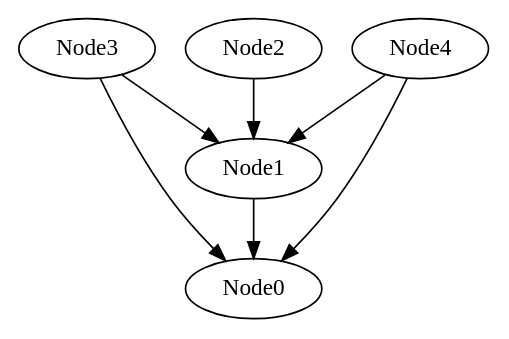
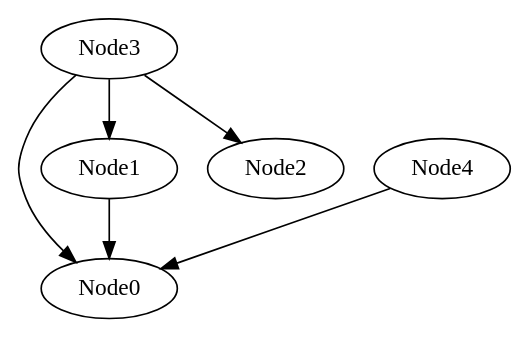
The diagram in Visualize/currGraph.gv (zephyr06/DAG_NLP), drawn with Graphviz before and after one commit. The commit also changed 6 other files, not shown here.

```diff
--- a/Visualize/currGraph.gv
+++ b/Visualize/currGraph.gv
@@ -1,20 +1,18 @@
 // The Round Table
 digraph {
 	Node0
 	Node1
 	Node2
 	Node3
 	Node4
-	Node2 -> Node1
-
 	Node4 -> Node0
-
-	Node4 -> Node1
 
 	Node3 -> Node0
 
 	Node3 -> Node1
 
+	Node3 -> Node2
+
 	Node1 -> Node0
 
 }
```
